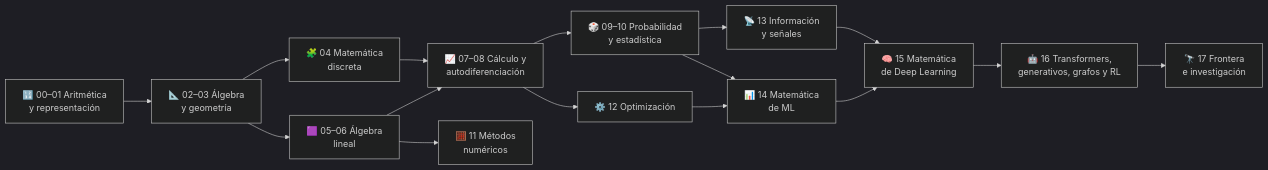
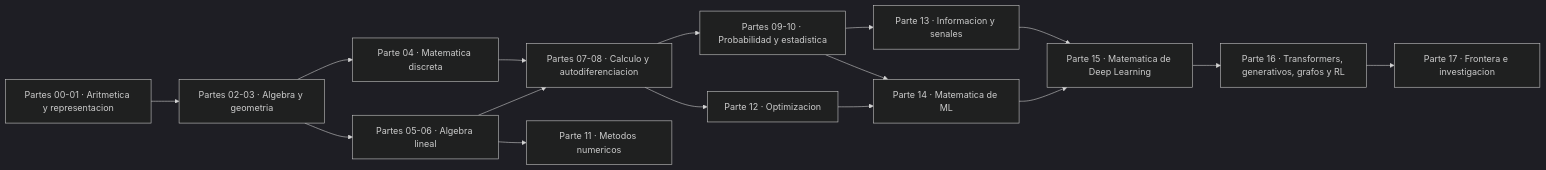
One commit to vladimiracunadev-create/computational-mathematics-program changed the diagram in README.md. Above: the diagram before and after it, drawn with Mermaid (dark theme). The commit also changed 389 other files, not shown here.

First line of the commit message:
fix(diagramas): elimina el HTML de las etiquetas Mermaid

````diff
--- a/README.md
+++ b/README.md
@@ -113,18 +113,18 @@
 ```mermaid
 flowchart LR
-    A["🔢 00–01 Aritmética<br/>y representación"] --> B["📐 02–03 Álgebra<br/>y geometría"]
-    B --> C["🧩 04 Matemática<br/>discreta"]
-    B --> D["🟪 05–06 Álgebra<br/>lineal"]
-    C --> E["📈 07–08 Cálculo y<br/>autodiferenciación"]
+    A["Partes 00-01 · Aritmetica y representacion"] --> B["Partes 02-03 · Algebra y geometria"]
+    B --> C["Parte 04 · Matematica discreta"]
+    B --> D["Partes 05-06 · Algebra lineal"]
+    C --> E["Partes 07-08 · Calculo y autodiferenciacion"]
     D --> E
-    E --> F["🎲 09–10 Probabilidad<br/>y estadística"]
-    D --> G["🧮 11 Métodos<br/>numéricos"]
-    E --> H["⚙️ 12 Optimización"]
-    F --> I["📡 13 Información<br/>y señales"]
-    F --> J["📊 14 Matemática<br/>de ML"]
+    E --> F["Partes 09-10 · Probabilidad y estadistica"]
+    D --> G["Parte 11 · Metodos numericos"]
+    E --> H["Parte 12 · Optimizacion"]
+    F --> I["Parte 13 · Informacion y senales"]
+    F --> J["Parte 14 · Matematica de ML"]
     H --> J
-    J --> K["🧠 15 Matemática<br/>de Deep Learning"]
+    J --> K["Parte 15 · Matematica de Deep Learning"]
     I --> K
-    K --> L["🤖 16 Transformers,<br/>generativos, grafos y RL"]
-    L --> M["🔭 17 Frontera<br/>e investigación"]
+    K --> L["Parte 16 · Transformers, generativos, grafos y RL"]
+    L --> M["Parte 17 · Frontera e investigacion"]
 ```
````
